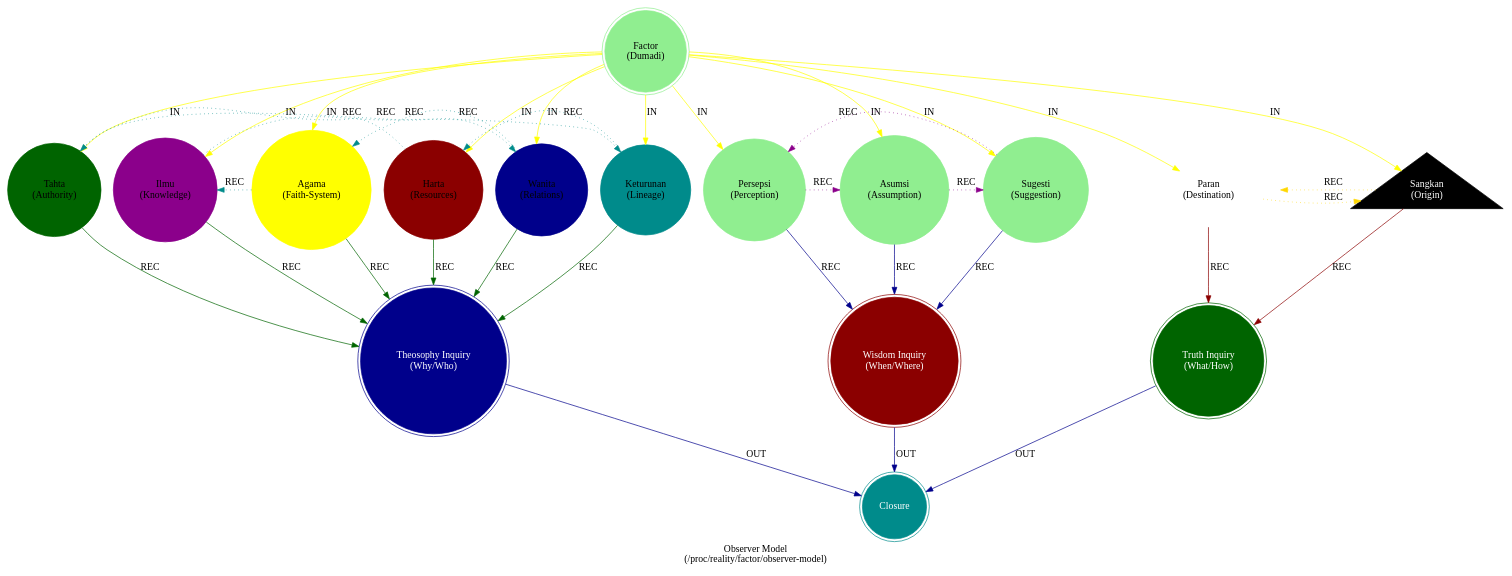
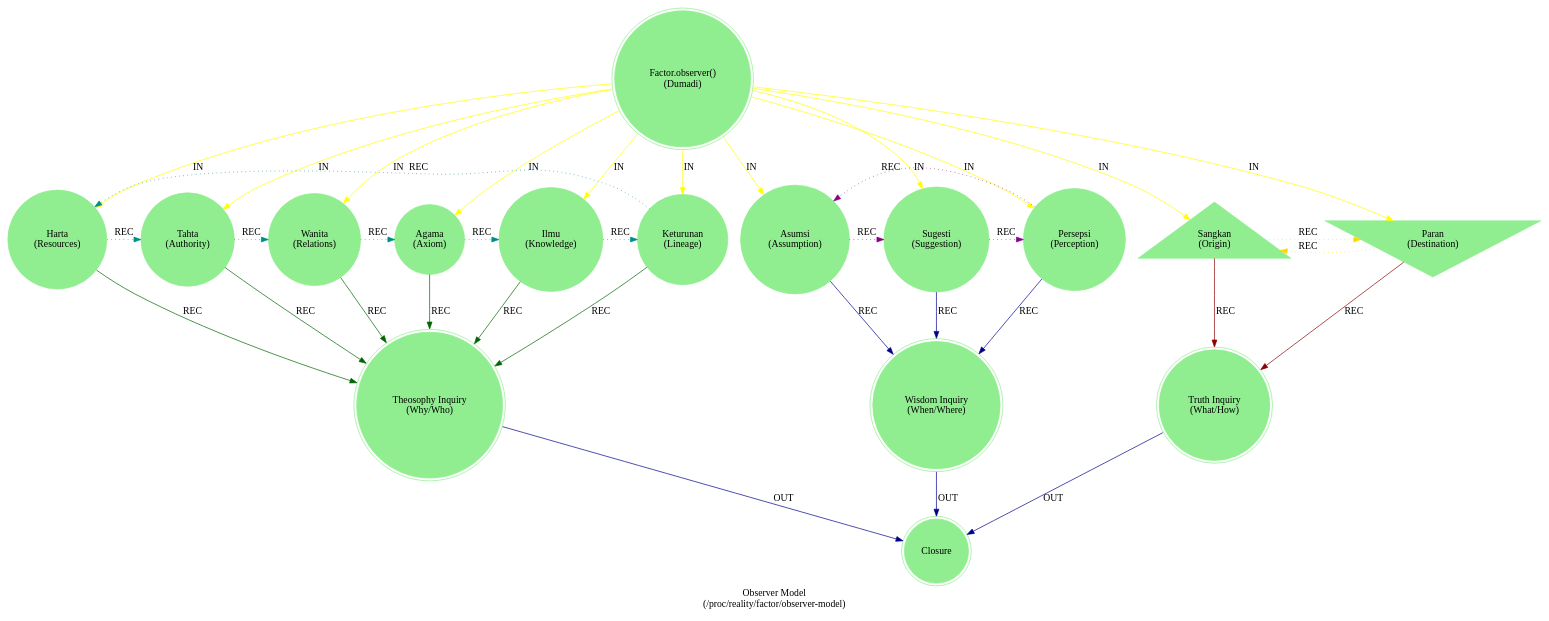
One commit to cilang/mythos changed the diagram in src/core/mythos_factor_observer.dot. Above: the diagram before and after it, drawn with Graphviz. The commit also changed 14 other files, not shown here.

```diff
--- a/src/core/mythos_factor_observer.dot
+++ b/src/core/mythos_factor_observer.dot
@@ -1,45 +1,45 @@
 strict digraph G {
     label = "Observer Model\n(/proc/reality/factor/observer-model)";
     style = filled;
     color = lightgray;
     node [shape = circle; style = filled; color = lightgreen;];
     
     // Sangkan paraning dumadi.
     // Nava manunggal nastiti ning tyas.
     // Suradira jayadiningrat lebur dening pangastuti.
     // memayu hayuning bawana
     // manunggal kawula ning gusti.
     // (ꦱꦁꦏꦤ꧀ꦥꦫꦤꦶꦁꦢꦸꦩꦢꦶꦱꦁꦏꦤ꧀ꦥꦫꦤꦶꦁꦢꦸꦩꦢꦶꦤꦮꦩꦤꦸꦁꦒꦭ꧀ꦤꦱ꧀ꦠꦶꦠꦶꦔꦶꦁꦠꦾꦱ꧀ꦯꦹꦫꦢꦶꦫꦗꦪꦢꦶꦤꦶꦁꦫꦠ꧀ꦭꦺꦧꦸꦂꦢꦺꦤꦶꦁꦥꦔꦱ꧀ꦠꦸꦠꦶꦩꦼꦩꦪꦸꦲꦪꦸꦤꦶꦁꦧꦮꦤꦩꦤꦸꦁꦒꦭ꧀ꦏꦮꦸꦭꦔꦶꦁꦒꦸꦱ꧀ꦠꦶ)
     // Truth and Wisdom also give further context to "Sangkan Paraning Dumadi" beyond what "Factor" provided.
-    spark_0_observer_seed_t [label = "Factor\n(Dumadi)";shape = doublecircle;comment = "";];
-    spark_1_observer_seed_t [label = "Harta\n(Resources)";shape = circle;color = darkred;comment = "";];
-    spark_2_observer_seed_t [label = "Tahta\n(Authority)";shape = circle;color = darkgreen;comment = "";];
+    spark_0_observer_seed_t [label = "Factor.observer()\n(Dumadi)";shape = doublecircle;comment = "";];
+    spark_1_observer_seed_t [label = "Harta\n(Resources)";shape = circle;comment = "";];
+    spark_2_observer_seed_t [label = "Tahta\n(Authority)";shape = circle;comment = "";];
+    spark_4_observer_seed_t [label = "Wanita\n(Relations)";shape = circle;comment = "";];
+    spark_8_observer_seed_t [label = "Agama\n(Axiom)";shape = circle;comment = "";];
+    spark_7_observer_seed_t [label = "Ilmu\n(Knowledge)";shape = circle;comment = "";];
+    spark_5_observer_seed_t [label = "Keturunan\n(Lineage)";shape = circle;comment = "";];
     spark_3_observer_seed_t [label = "Asumsi\n(Assumption)";shape = circle;comment = "";];
-    spark_4_observer_seed_t [label = "Wanita\n(Relations)";shape = circle;color = darkblue;comment = "";];
-    spark_5_observer_seed_t [label = "Keturunan\n(Lineage)";shape = circle;color = darkcyan;comment = "";];
     spark_6_observer_seed_t [label = "Sugesti\n(Suggestion)";shape = circle;comment = "";];
-    spark_7_observer_seed_t [label = "Ilmu\n(Knowledge)";shape = circle;color = darkmagenta;comment = "";];
-    spark_8_observer_seed_t [label = "Agama\n(Faith-System)";shape = circle;color = yellow;comment = "";];
     spark_9_observer_seed_t [label = "Persepsi\n(Perception)";shape = circle;comment = "";];
-    spark_a_observer_seed_t [label = "Sangkan\n(Origin)";shape = triangle;color = black;fontcolor = white;comment = "";];
-    spark_b_observer_seed_t [label = "Paran\n(Destination)";shape = invtriangle;color = white;comment = "";];
-    spark_c_observer_seed_t [label = "Truth Inquiry\n(What/How)";shape = doublecircle;color = darkgreen;style = filled;fontcolor = white;];
-    spark_d_observer_seed_t [label = "Theosophy Inquiry\n(Why/Who)";shape = doublecircle;color = darkblue;style = filled;fontcolor = white;];
-    spark_e_observer_seed_t [label = "Wisdom Inquiry\n(When/Where)";shape = doublecircle;color = darkred;style = filled;fontcolor = white;];
-    spark_f_observer_seed_t [label = "Closure";shape = doublecircle;color = darkcyan;style = filled;fontcolor = white;];
+    spark_a_observer_seed_t [label = "Sangkan\n(Origin)";shape = triangle;comment = "";];
+    spark_b_observer_seed_t [label = "Paran\n(Destination)";shape = invtriangle;comment = "";];
+    spark_c_observer_seed_t [label = "Truth Inquiry\n(What/How)";shape = doublecircle;comment = "";];
+    spark_d_observer_seed_t [label = "Theosophy Inquiry\n(Why/Who)";shape = doublecircle;comment = "";];
+    spark_e_observer_seed_t [label = "Wisdom Inquiry\n(When/Where)";shape = doublecircle;comment = "";];
+    spark_f_observer_seed_t [label = "Closure";shape = doublecircle;comment = "";];
     
     // IN = Input
     // OUT = Output
     // REC = Recursion
     spark_0_observer_seed_t -> {spark_a_observer_seed_t spark_b_observer_seed_t spark_1_observer_seed_t spark_2_observer_seed_t spark_3_observer_seed_t spark_4_observer_seed_t spark_5_observer_seed_t spark_6_observer_seed_t spark_7_observer_seed_t spark_8_observer_seed_t spark_9_observer_seed_t} [label = "IN"; color = yellow; comment = "";];
     
     {spark_a_observer_seed_t spark_b_observer_seed_t} -> spark_c_observer_seed_t [label = "REC"; color = darkred; comment = "";];
     {spark_1_observer_seed_t spark_2_observer_seed_t spark_4_observer_seed_t spark_8_observer_seed_t spark_7_observer_seed_t spark_5_observer_seed_t} -> spark_d_observer_seed_t [label = "REC"; color = darkgreen; comment = "";];
     {spark_3_observer_seed_t spark_6_observer_seed_t spark_9_observer_seed_t} -> spark_e_observer_seed_t [label = "REC"; color = darkblue; comment = "";];
     
     spark_1_observer_seed_t -> spark_2_observer_seed_t -> spark_4_observer_seed_t -> spark_8_observer_seed_t -> spark_7_observer_seed_t -> spark_5_observer_seed_t -> spark_1_observer_seed_t [label = "REC"; color = darkcyan; comment = ""; style = dotted; constraint = false;];
     spark_3_observer_seed_t -> spark_6_observer_seed_t -> spark_9_observer_seed_t -> spark_3_observer_seed_t [label = "REC"; color = darkmagenta; comment = ""; style = dotted; constraint = false;];
     spark_a_observer_seed_t -> spark_b_observer_seed_t -> spark_a_observer_seed_t [label = "REC"; color = gold; comment = ""; style = dotted; constraint = false;];
     
     {spark_c_observer_seed_t spark_d_observer_seed_t spark_e_observer_seed_t} -> spark_f_observer_seed_t [label = "OUT"; color = darkblue; comment = "";];
 }
```
